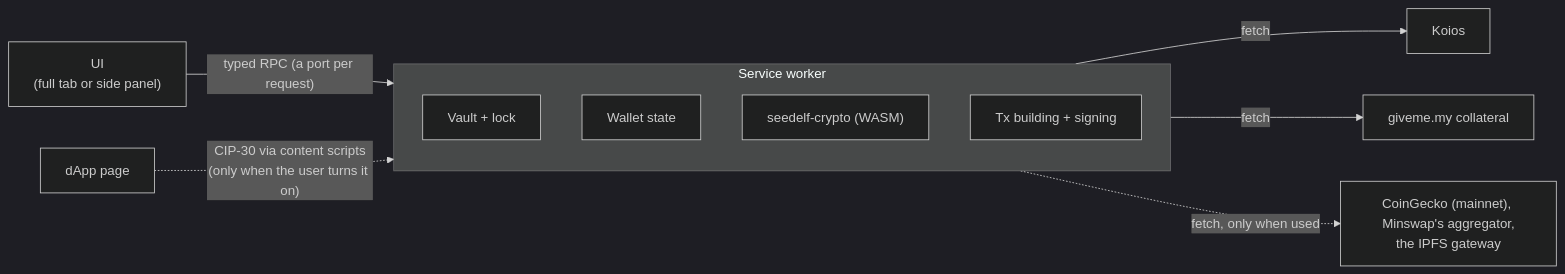
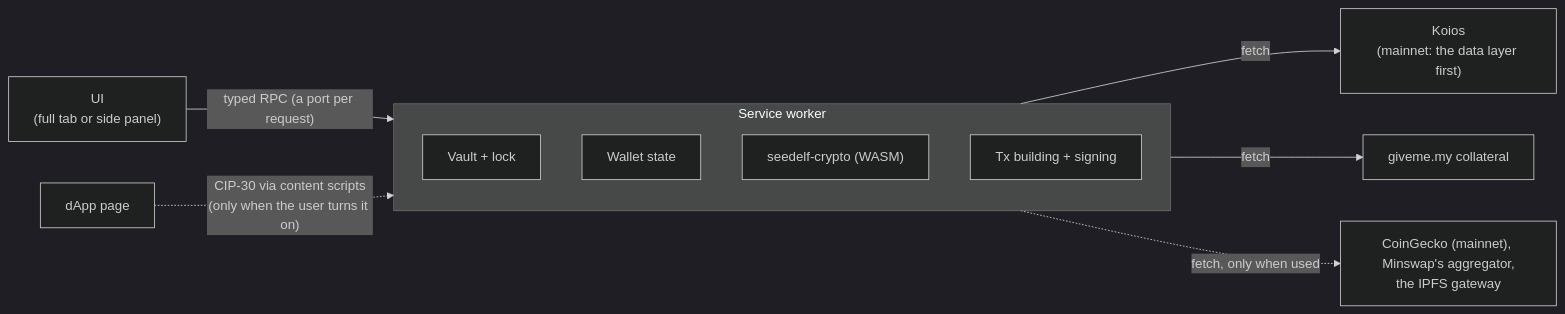
One commit to logical-mechanism/Seedelf-Wallet changed the first of 4 diagrams in seedelf-platform/seedelf-web-wallet/docs/architecture.md. Above: the diagram before and after it, drawn with Mermaid (dark theme). The commit also changed other lines of this file and 38 other files, not shown here.

````diff
--- a/seedelf-platform/seedelf-web-wallet/docs/architecture.md
+++ b/seedelf-platform/seedelf-web-wallet/docs/architecture.md
@@ -7,14 +7,14 @@
 ```mermaid
 flowchart LR
   UI["UI<br/>(full tab or side panel)"] -- "typed RPC (a port per request)" --> SW
   subgraph SW["Service worker"]
     Vault["Vault + lock"]
     Wallet["Wallet state"]
     Crypto["seedelf-crypto (WASM)"]
     Tx["Tx building + signing"]
   end
-  SW -- "fetch" --> Koios["Koios"]
+  SW -- "fetch" --> Koios["Koios<br/>(mainnet: the data layer first)"]
   SW -- "fetch" --> Collat["giveme.my collateral"]
   SW -. "fetch, only when used" .-> Others["CoinGecko (mainnet), Minswap's aggregator,<br/>the IPFS gateway"]
   Page["dApp page"] -. "CIP-30 via content scripts<br/>(only when the user turns it on)" .-> SW
 ```
````
